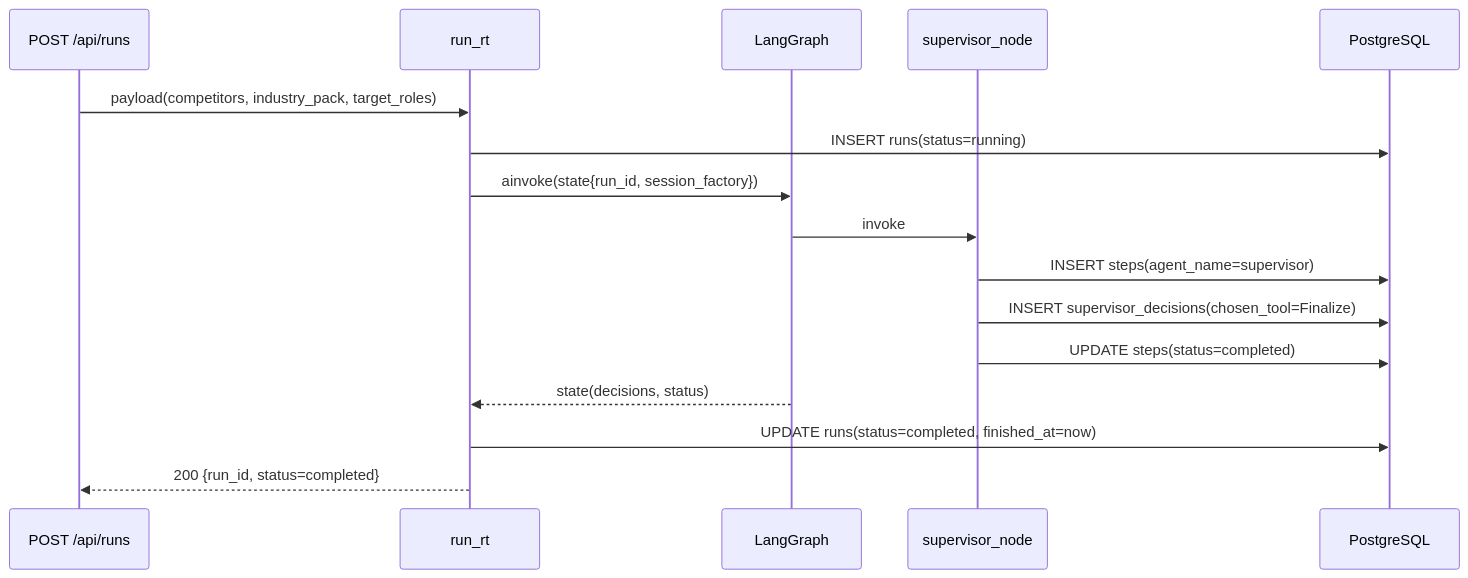
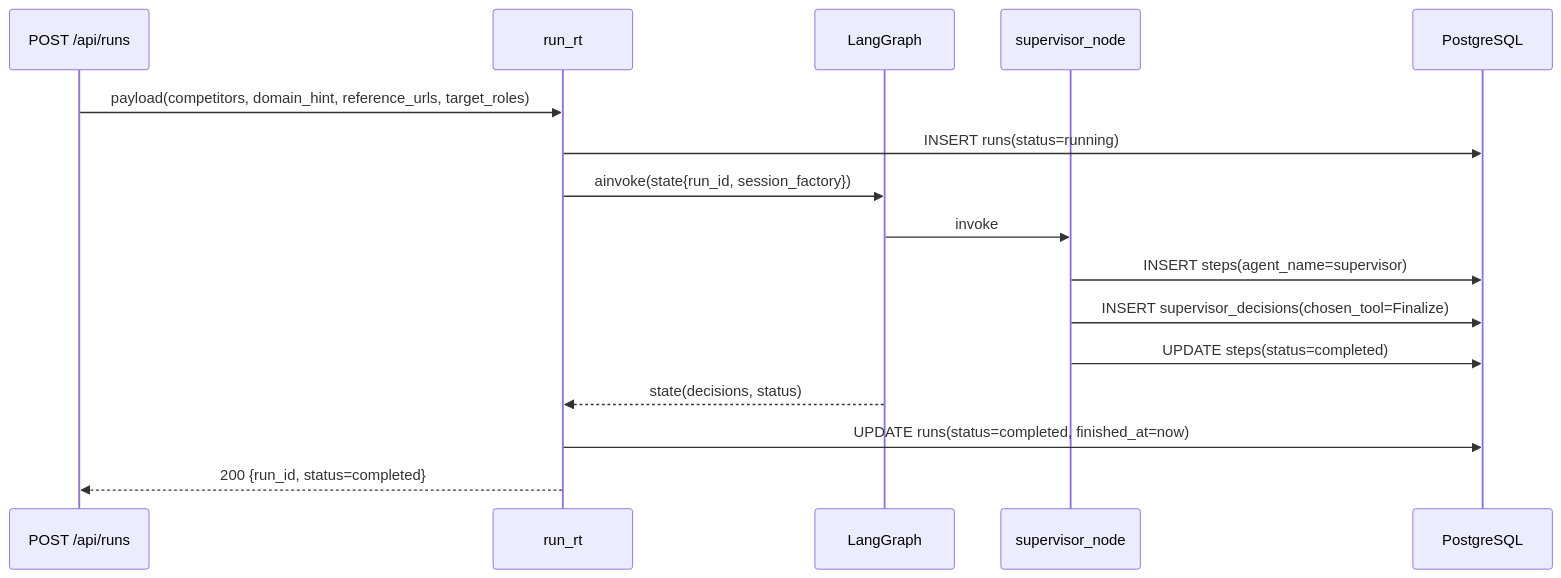
One commit to wanghong5233/RivalLens changed the first of 2 diagrams in docs/impl/01-persistence-flow.md. Above: the diagram before and after it, drawn with Mermaid. The commit also changed other lines of this file and 105 other files, not shown here.

First line of the commit message:
feat(agent): replace industry_pack with agent-native skill axes

````diff
--- a/docs/impl/01-persistence-flow.md
+++ b/docs/impl/01-persistence-flow.md
@@ -17,19 +17,19 @@
 ```mermaid
 sequenceDiagram
   participant FE as POST /api/runs
   participant RT as run_rt
   participant LG as LangGraph
   participant SN as supervisor_node
   participant DB as PostgreSQL
 
-  FE->>RT: payload(competitors, industry_pack, target_roles)
+  FE->>RT: payload(competitors, domain_hint, reference_urls, target_roles)
   RT->>DB: INSERT runs(status=running)
   RT->>LG: ainvoke(state{run_id, session_factory})
   LG->>SN: invoke
   SN->>DB: INSERT steps(agent_name=supervisor)
   SN->>DB: INSERT supervisor_decisions(chosen_tool=Finalize)
   SN->>DB: UPDATE steps(status=completed)
   LG-->>RT: state(decisions, status)
   RT->>DB: UPDATE runs(status=completed, finished_at=now)
   RT-->>FE: 200 {run_id, status=completed}
 ```
````
